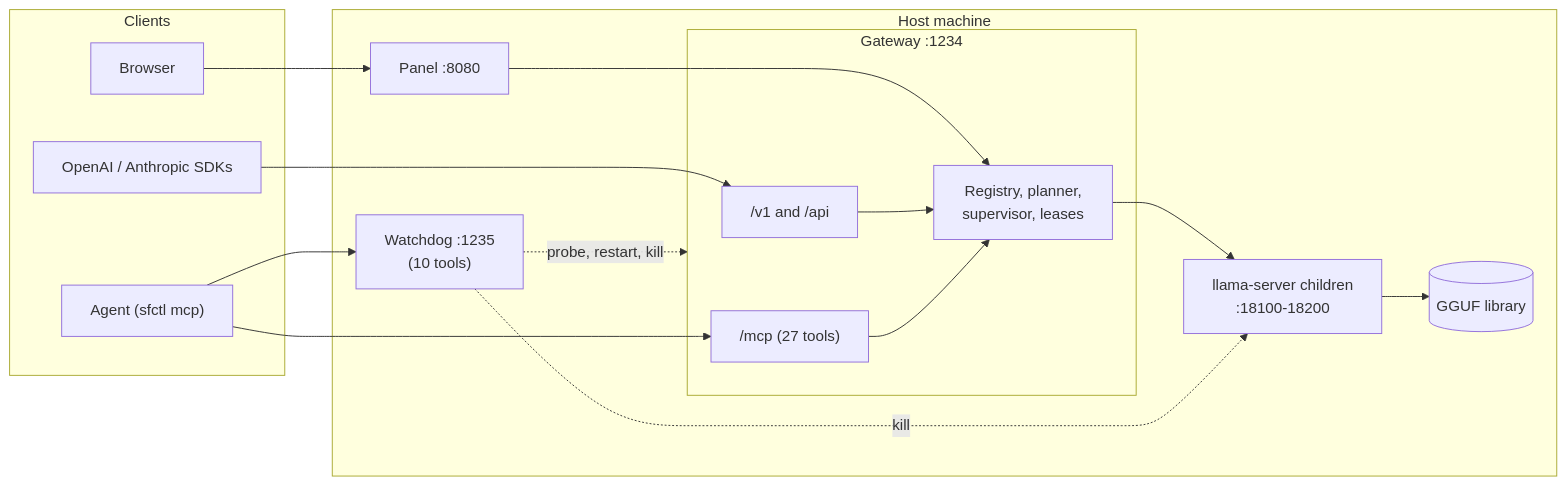
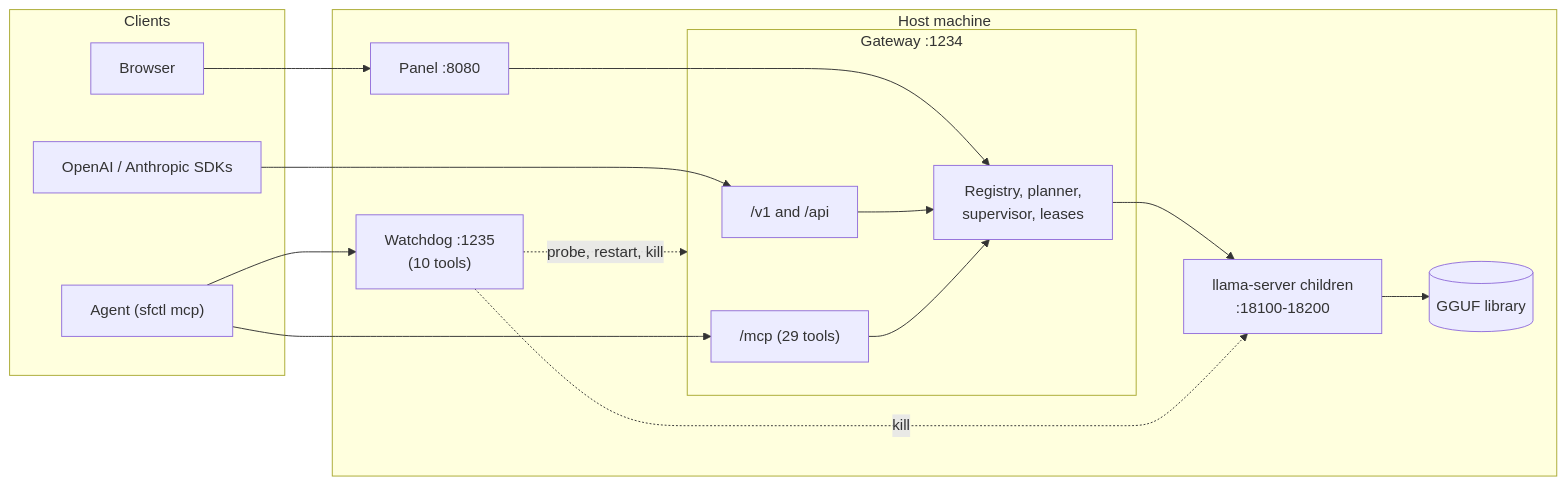
Before and after one commit to LaserLloyd/StudioForge: the first of 10 diagrams in README.md, drawn with Mermaid. The commit also changed other lines of this file and 33 other files, not shown here.

````diff
--- a/README.md
+++ b/README.md
@@ -105,30 +105,30 @@
 ```mermaid
 flowchart LR
   subgraph clients["Clients"]
     sdk["OpenAI / Anthropic SDKs"]
     agent["Agent (sfctl mcp)"]
     browser["Browser"]
   end
   subgraph host["Host machine"]
     subgraph gw["Gateway :1234"]
       api["/v1 and /api"]
-      mcp["/mcp (27 tools)"]
+      mcp["/mcp (29 tools)"]
       core["Registry, planner,<br/>supervisor, leases"]
     end
     panel["Panel :8080"]
     wd["Watchdog :1235<br/>(10 tools)"]
     llama["llama-server children<br/>:18100-18200"]
     lib[("GGUF library")]
   end
   sdk --> api
   agent --> mcp
   agent --> wd
   browser --> panel
   panel --> core
   api --> core
   mcp --> core
   core --> llama
   llama --> lib
   wd -. "probe, restart, kill" .-> gw
   wd -. "kill" .-> llama
 ```
````
